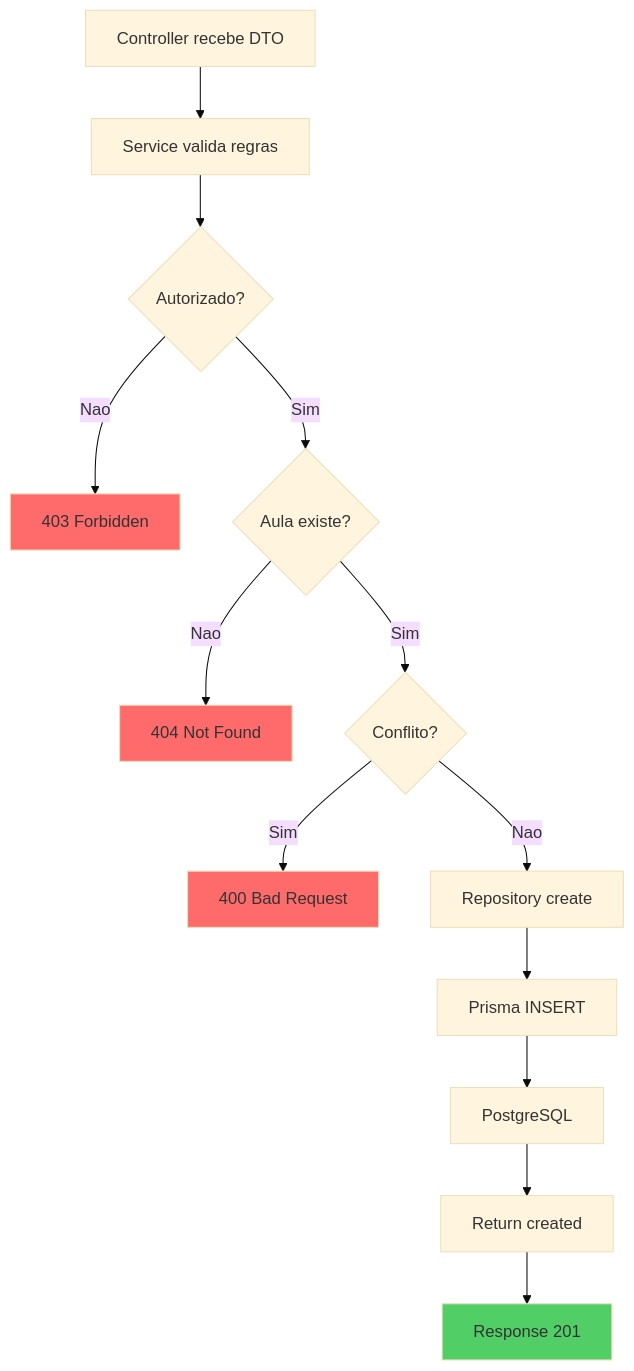
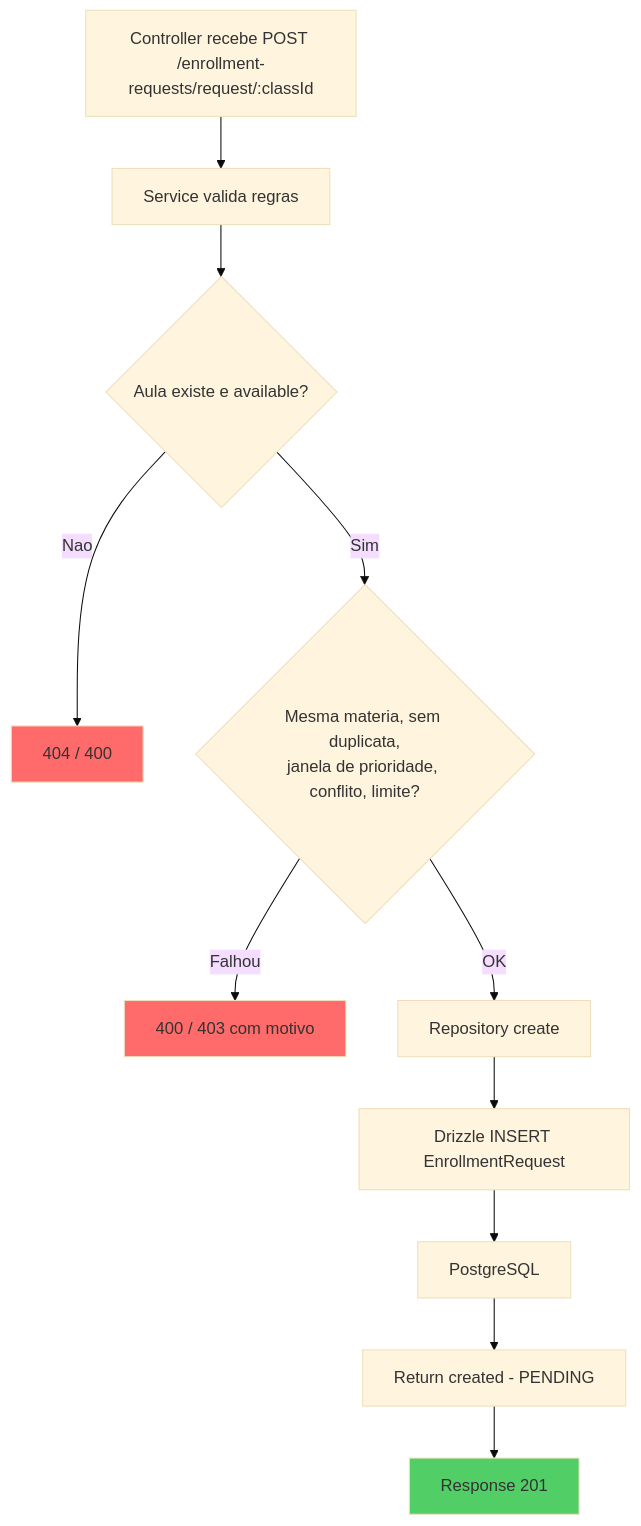
The second of 2 diagrams in docs/08-fluxo-banco.md (TROCA-AULA/troca-aula-backend), drawn with Mermaid (base theme) before and after one commit. The commit also changed other lines of this file and 9 other files, not shown here.

````diff
--- a/docs/08-fluxo-banco.md
+++ b/docs/08-fluxo-banco.md
@@ -246,20 +326,17 @@
 ```mermaid
 flowchart TD
-    A[Controller recebe DTO] --> B[Service valida regras]
-    B --> C{Autorizado?}
-    C -->|Nao| D[403 Forbidden]
-    C -->|Sim| E{Aula existe?}
-    E -->|Nao| F[404 Not Found]
-    E -->|Sim| G{Conflito?}
-    G -->|Sim| H[400 Bad Request]
-    G -->|Nao| I[Repository create]
-    I --> J[Prisma INSERT]
-    J --> K[PostgreSQL]
-    K --> L[Return created]
-    L --> M[Response 201]
+    A["Controller recebe POST /enrollment-requests/request/:classId"] --> B[Service valida regras]
+    B --> C{Aula existe e available?}
+    C -->|Nao| D[404 / 400]
+    C -->|Sim| E{Mesma materia, sem duplicata,<br/>janela de prioridade, conflito, limite?}
+    E -->|Falhou| F[400 / 403 com motivo]
+    E -->|OK| G[Repository create]
+    G --> H[Drizzle INSERT EnrollmentRequest]
+    H --> I[PostgreSQL]
+    I --> J[Return created - PENDING]
+    J --> K[Response 201]
     
     style D fill:#ff6b6b
     style F fill:#ff6b6b
-    style H fill:#ff6b6b
-    style M fill:#51cf66
+    style K fill:#51cf66
 ```
````
